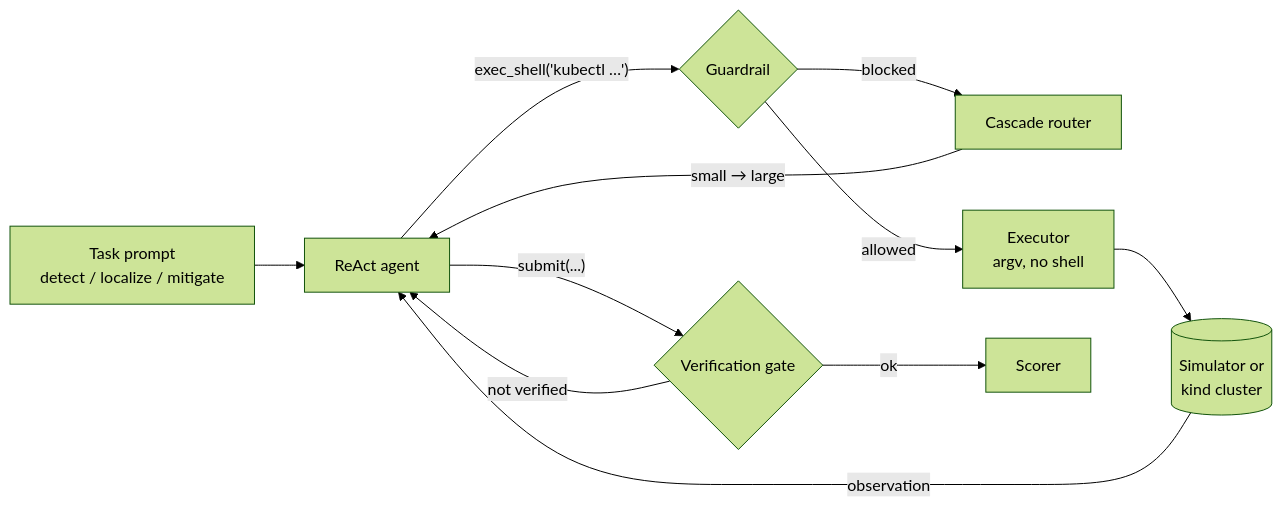
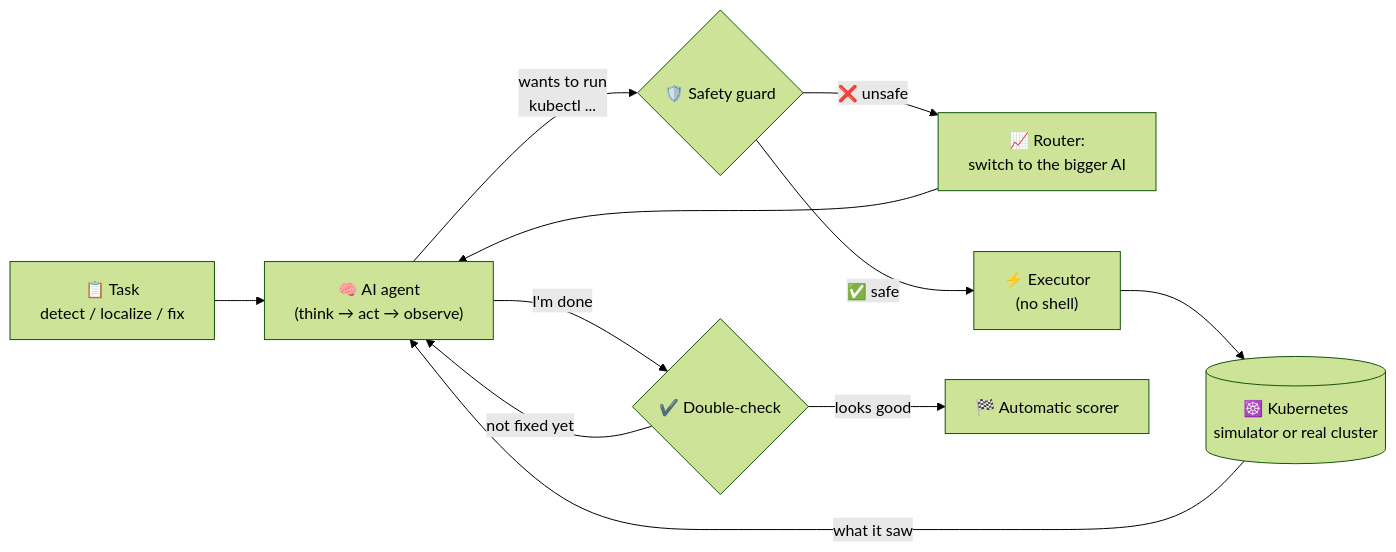
One commit to Kaushik-verse/opspilot changed the first of 2 diagrams in README.md. Above: the diagram before and after it, drawn with Mermaid (forest theme). The commit also changed other lines of this file, not shown here.

Commit message:
docs: rewrite README with plain-language guide, diagrams and results

````diff
--- a/README.md
+++ b/README.md
@@ -33,13 +77,13 @@
 ```mermaid
 flowchart LR
-    T[Task prompt<br/>detect / localize / mitigate] --> A[ReAct agent]
-    A -->|"exec_shell('kubectl …')"| G{Guardrail}
-    G -- blocked --> R[Cascade router]
-    G -- allowed --> E[Executor<br/>argv, no shell]
-    E --> K[(Simulator or<br/>kind cluster)]
-    K -->|observation| A
-    A -->|"submit(...)"| V{Verification gate}
-    V -- not verified --> A
-    V -- ok --> S[Scorer]
-    R -->|small → large| A
+    T["📋 Task<br/>detect / localize / fix"] --> A["🧠 AI agent<br/>(think → act → observe)"]
+    A -->|"wants to run<br/>kubectl ..."| G{"🛡️ Safety guard"}
+    G -- "❌ unsafe" --> R["📈 Router:<br/>switch to the bigger AI"]
+    R --> A
+    G -- "✅ safe" --> E["⚡ Executor<br/>(no shell)"]
+    E --> K[("☸️ Kubernetes<br/>simulator or real cluster")]
+    K -->|"what it saw"| A
+    A -->|"I'm done"| V{"✔️ Double-check"}
+    V -- "not fixed yet" --> A
+    V -- "looks good" --> S["🏁 Automatic scorer"]
 ```
````
